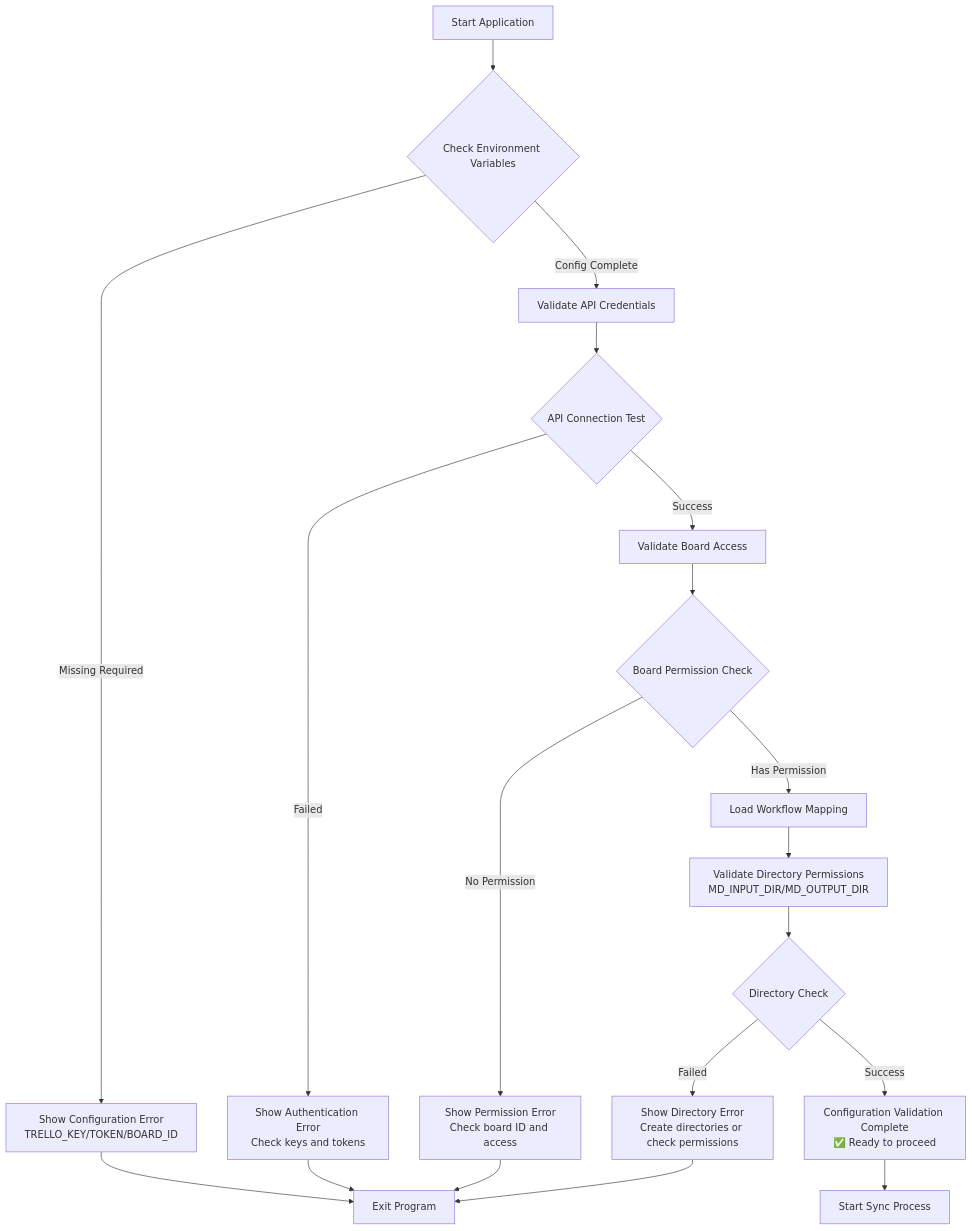
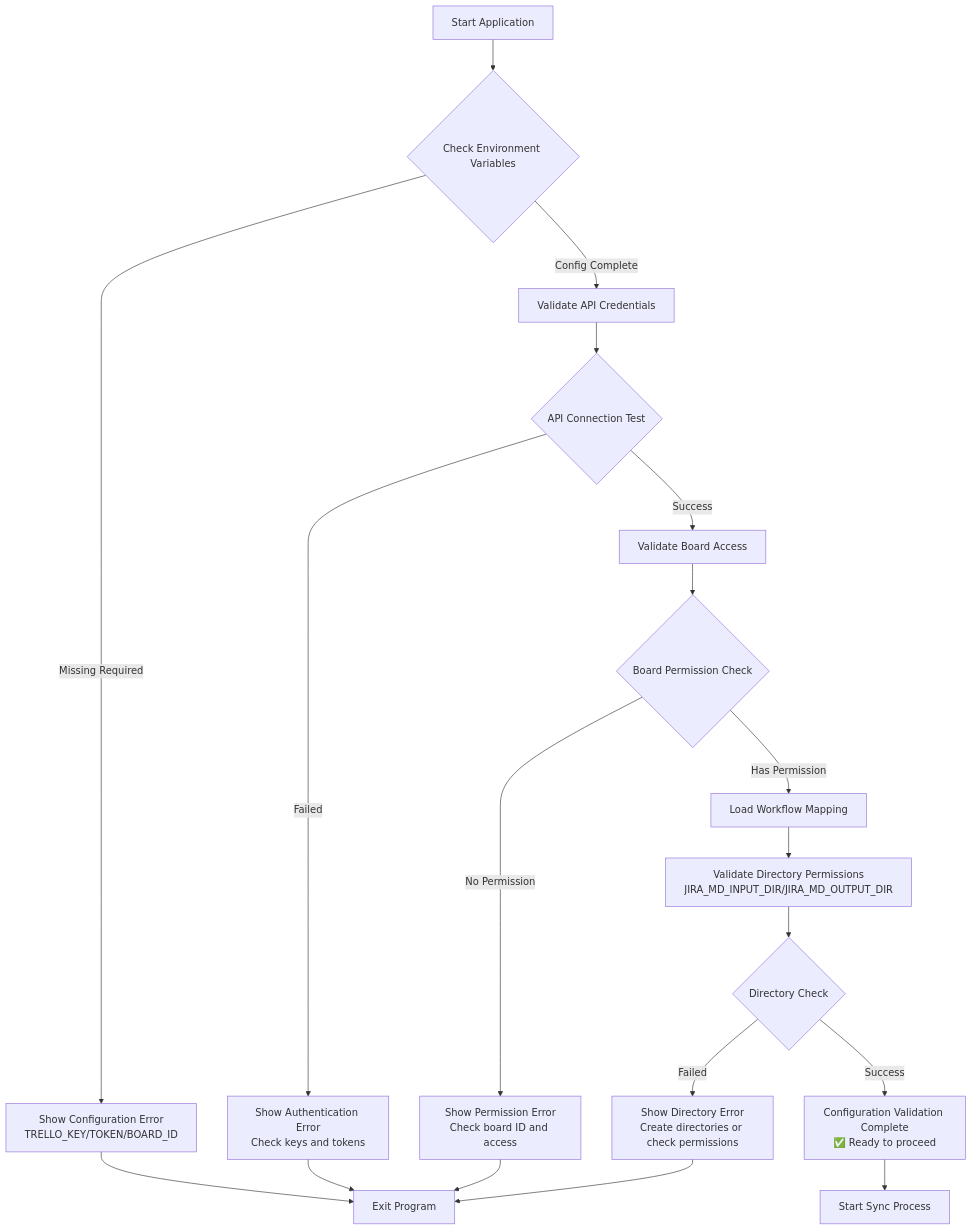
One commit to NZLouislu/jira-md-sync changed the fourth of 7 diagrams in WORKFLOW.md. Above: the diagram before and after it, drawn with Mermaid. The commit also changed other lines of this file and 18 other files, not shown here.

````diff
--- a/WORKFLOW.md
+++ b/WORKFLOW.md
@@ -136,26 +136,26 @@
 ```mermaid
 flowchart TD
     A[Start Application] --> B{Check Environment Variables}
     
     B -->|Missing Required| C[Show Configuration Error<br/>TRELLO_KEY/TOKEN/BOARD_ID]
     B -->|Config Complete| D[Validate API Credentials]
     
     D --> E{API Connection Test}
     E -->|Failed| F[Show Authentication Error<br/>Check keys and tokens]
     E -->|Success| G[Validate Board Access]
     
     G --> H{Board Permission Check}
     H -->|No Permission| I[Show Permission Error<br/>Check board ID and access]
     H -->|Has Permission| J[Load Workflow Mapping]
     
-    J --> K[Validate Directory Permissions<br/>MD_INPUT_DIR/MD_OUTPUT_DIR]
+    J --> K[Validate Directory Permissions<br/>JIRA_MD_INPUT_DIR/JIRA_MD_OUTPUT_DIR]
     K --> L{Directory Check}
     L -->|Failed| M[Show Directory Error<br/>Create directories or check permissions]
     L -->|Success| N[Configuration Validation Complete<br/>✅ Ready to proceed]
     
     C --> O[Exit Program]
     F --> O
     I --> O
     M --> O
     N --> P[Start Sync Process]
 ```
````
